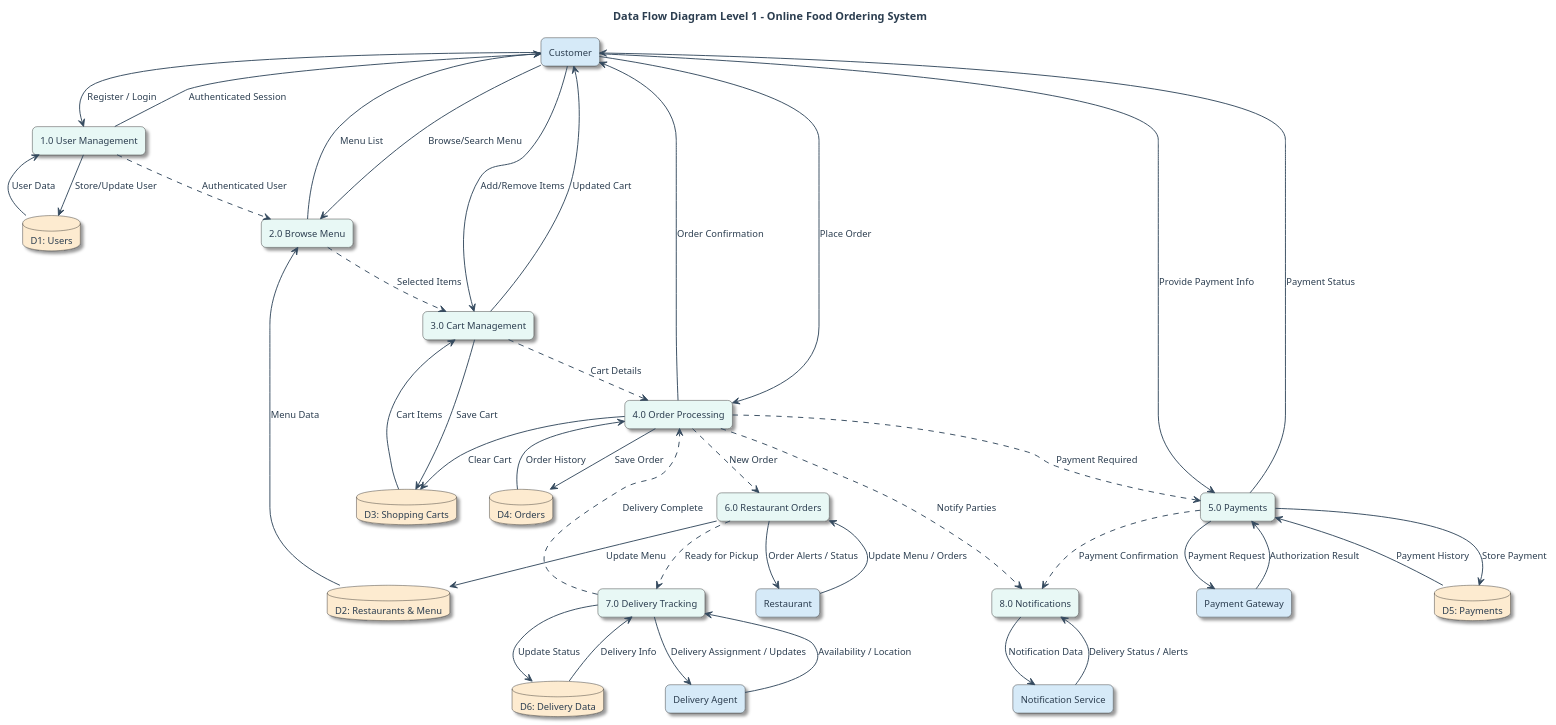
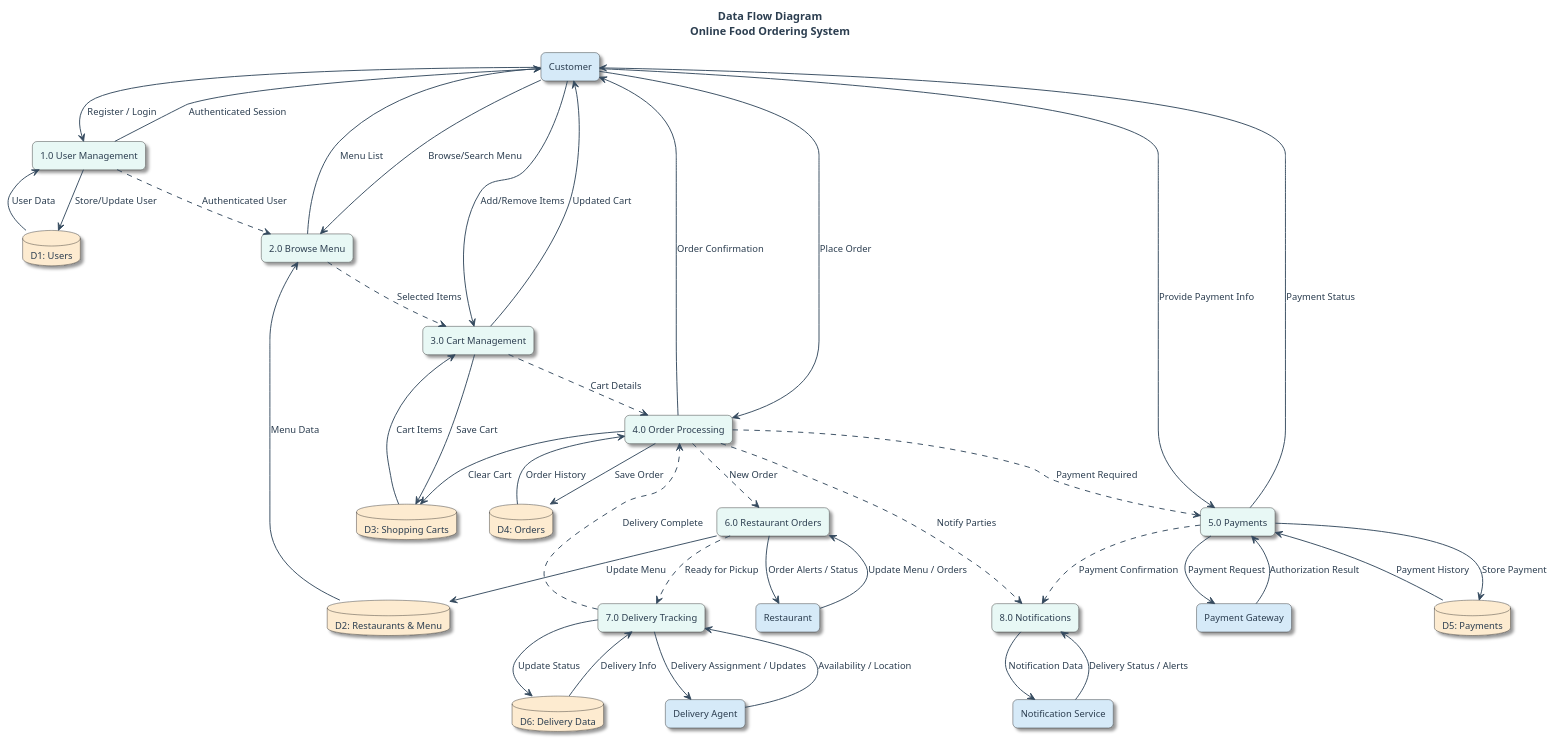
The diagram in umls/src/DFD.puml (SamiAbuTouq/SE-Project), drawn with PlantUML before and after one commit.

Commit message:
change the title

```diff
--- a/umls/src/DFD.puml
+++ b/umls/src/DFD.puml
@@ -1,121 +1,121 @@
-@startuml DFD_Level1_Online_Food_Ordering_System_Improved
+@startuml DFD_Online_Food_Ordering_System
 
-title Data Flow Diagram Level 1 - Online Food Ordering System
+title Data Flow Diagram\nOnline Food Ordering System
 
 skinparam {
     BackgroundColor white
     Shadowing true
     RoundCorner 12
     DefaultFontName Arial
     DefaultFontSize 12
     DefaultFontColor #2C3E50
     ArrowThickness 1.2
     ArrowColor #34495E
 }
 
 ' -----------------------------
 ' External Entities
 ' -----------------------------
 rectangle "Customer" as CUSTOMER #D6EAF8
 rectangle "Restaurant" as RESTAURANT #D6EAF8
 rectangle "Delivery Agent" as DELIVERY_AGENT #D6EAF8
 rectangle "Payment Gateway" as PAYMENT_GATEWAY #D6EAF8
 rectangle "Notification Service" as NOTIFICATION_SERVICE #D6EAF8
 
 ' -----------------------------
 ' Processes (rounded rectangles)
 ' -----------------------------
 rectangle "1.0 User Management" as P1 #E8F8F5
 rectangle "2.0 Browse Menu" as P2 #E8F8F5
 rectangle "3.0 Cart Management" as P3 #E8F8F5
 rectangle "4.0 Order Processing" as P4 #E8F8F5
 rectangle "5.0 Payments" as P5 #E8F8F5
 rectangle "6.0 Restaurant Orders" as P6 #E8F8F5
 rectangle "7.0 Delivery Tracking" as P7 #E8F8F5
 rectangle "8.0 Notifications" as P8 #E8F8F5
 
 ' -----------------------------
 ' Data Stores
 ' -----------------------------
 database "D1: Users" as D1 #FDEBD0
 database "D2: Restaurants & Menu" as D2 #FDEBD0
 database "D3: Shopping Carts" as D3 #FDEBD0
 database "D4: Orders" as D4 #FDEBD0
 database "D5: Payments" as D5 #FDEBD0
 database "D6: Delivery Data" as D6 #FDEBD0
 
 ' -----------------------------
 ' Customer interactions
 ' -----------------------------
 CUSTOMER --> P1 : "Register / Login"
 P1 --> CUSTOMER : "Authenticated Session"
 
 CUSTOMER --> P2 : "Browse/Search Menu"
 P2 --> CUSTOMER : "Menu List"
 
 CUSTOMER --> P3 : "Add/Remove Items"
 P3 --> CUSTOMER : "Updated Cart"
 
 CUSTOMER --> P4 : "Place Order"
 P4 --> CUSTOMER : "Order Confirmation"
 
 CUSTOMER --> P5 : "Provide Payment Info"
 P5 --> CUSTOMER : "Payment Status"
 
 ' -----------------------------
 ' Restaurant interactions
 ' -----------------------------
 RESTAURANT --> P6 : "Update Menu / Orders"
 P6 --> RESTAURANT : "Order Alerts / Status"
 
 ' -----------------------------
 ' Delivery interactions
 ' -----------------------------
 DELIVERY_AGENT --> P7 : "Availability / Location"
 P7 --> DELIVERY_AGENT : "Delivery Assignment / Updates"
 
 ' -----------------------------
 ' External services
 ' -----------------------------
 P5 --> PAYMENT_GATEWAY : "Payment Request"
 PAYMENT_GATEWAY --> P5 : "Authorization Result"
 
 P8 --> NOTIFICATION_SERVICE : "Notification Data"
 NOTIFICATION_SERVICE --> P8 : "Delivery Status / Alerts"
 
 ' -----------------------------
 ' Data Store operations
 ' -----------------------------
 D1 --> P1 : "User Data"
 P1 --> D1 : "Store/Update User"
 
 D2 --> P2 : "Menu Data"
 P6 --> D2 : "Update Menu"
 
 D3 --> P3 : "Cart Items"
 P3 --> D3 : "Save Cart"
 P4 --> D3 : "Clear Cart"
 
 D4 --> P4 : "Order History"
 P4 --> D4 : "Save Order"
 
 D5 --> P5 : "Payment History"
 P5 --> D5 : "Store Payment"
 
 D6 --> P7 : "Delivery Info"
 P7 --> D6 : "Update Status"
 
 ' -----------------------------
 ' Inter-process flows
 ' -----------------------------
 P1 ..> P2 : "Authenticated User"
 P2 ..> P3 : "Selected Items"
 P3 ..> P4 : "Cart Details"
 P4 ..> P5 : "Payment Required"
 P4 ..> P6 : "New Order"
 P4 ..> P8 : "Notify Parties"
 P6 ..> P7 : "Ready for Pickup"
 P7 ..> P4 : "Delivery Complete"
 P5 ..> P8 : "Payment Confirmation"
 
 @enduml
```
